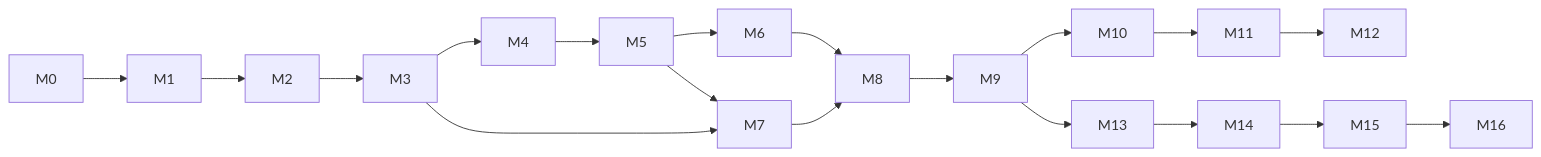
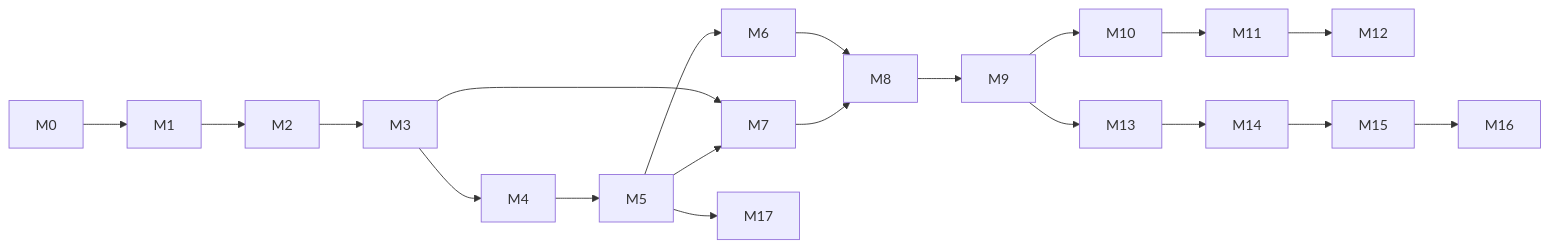
One commit to davidpizon/Mod2Xgm changed the diagram in docs/implementation-plan.md. Above: the diagram before and after it, drawn with Mermaid. The commit also changed other lines of this file and 7 other files, not shown here.

````diff
--- a/docs/implementation-plan.md
+++ b/docs/implementation-plan.md
@@ -207,13 +223,14 @@
 ```mermaid
 flowchart LR
     M0 --> M1 --> M2 --> M3
     M3 --> M4 --> M5
     M3 --> M7
     M5 --> M6
     M5 --> M7
     M6 --> M8
     M7 --> M8
     M8 --> M9
     M9 --> M10 --> M11 --> M12
     M9 --> M13 --> M14 --> M15 --> M16
+    M5 --> M17
 ```
````
